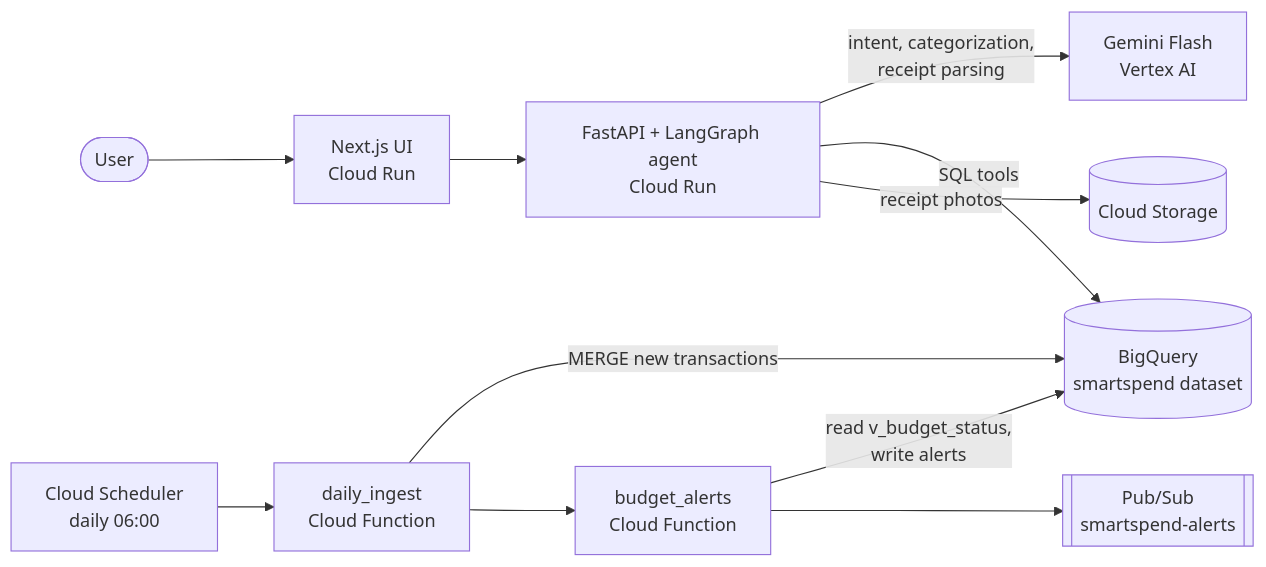
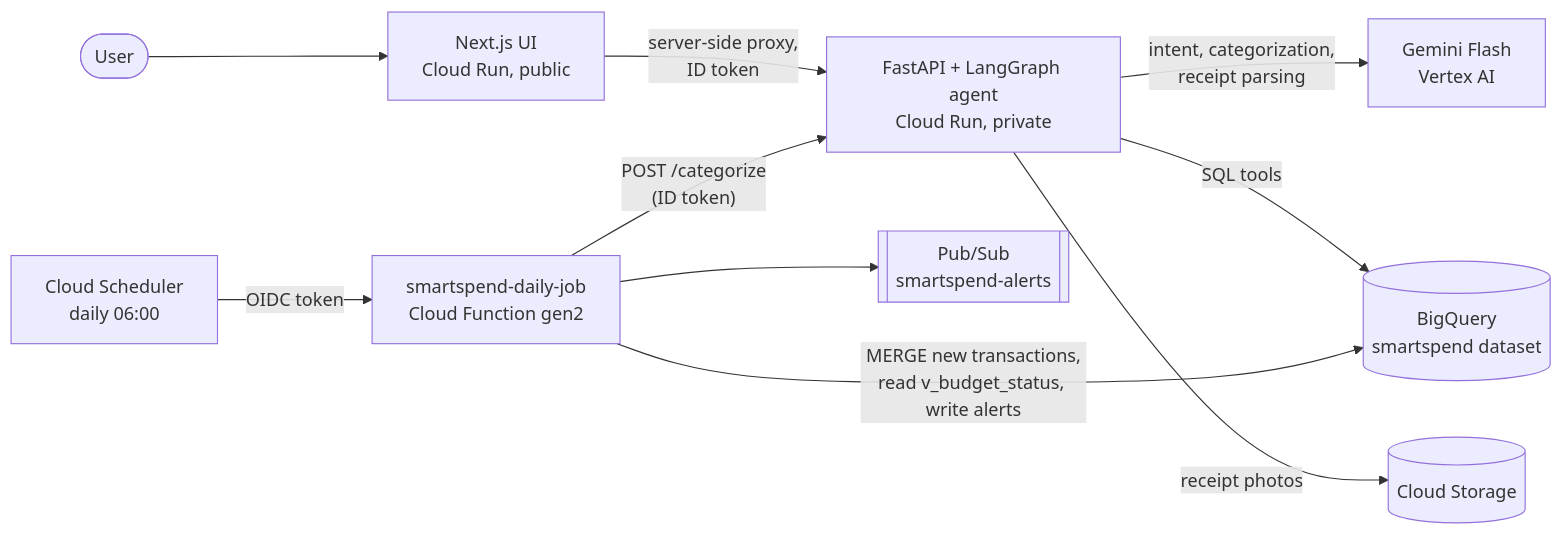
Before and after one commit to arulvelk/smart-spend-ai: the diagram in docs/architecture.md, drawn with Mermaid. The commit also changed other lines of this file and 33 other files, not shown here.

First line of the commit message:
Step 3: Next.js UI on Cloud Run, daily Cloud Function + Cloud Scheduler

````diff
--- a/docs/architecture.md
+++ b/docs/architecture.md
@@ -3,13 +3,12 @@
 ```mermaid
 flowchart LR
-    user([User]) --> ui[Next.js UI<br/>Cloud Run]
-    ui --> api[FastAPI + LangGraph agent<br/>Cloud Run]
+    user([User]) --> ui[Next.js UI<br/>Cloud Run, public]
+    ui -- "server-side proxy,<br/>ID token" --> api[FastAPI + LangGraph agent<br/>Cloud Run, private]
     api -- "intent, categorization,<br/>receipt parsing" --> gemini[Gemini Flash<br/>Vertex AI]
     api -- "SQL tools" --> bq[(BigQuery<br/>smartspend dataset)]
     api -- "receipt photos" --> gcs[(Cloud Storage)]
-    sched[Cloud Scheduler<br/>daily 06:00] --> ingest[daily_ingest<br/>Cloud Function]
-    ingest -- "MERGE new transactions" --> bq
-    ingest --> alerts[budget_alerts<br/>Cloud Function]
-    alerts -- "read v_budget_status,<br/>write alerts" --> bq
-    alerts --> pubsub[[Pub/Sub<br/>smartspend-alerts]]
+    sched[Cloud Scheduler<br/>daily 06:00] -- "OIDC token" --> job[smartspend-daily-job<br/>Cloud Function gen2]
+    job -- "MERGE new transactions,<br/>read v_budget_status, write alerts" --> bq
+    job -- "POST /categorize<br/>(ID token)" --> api
+    job --> pubsub[[Pub/Sub<br/>smartspend-alerts]]
 ```
````
